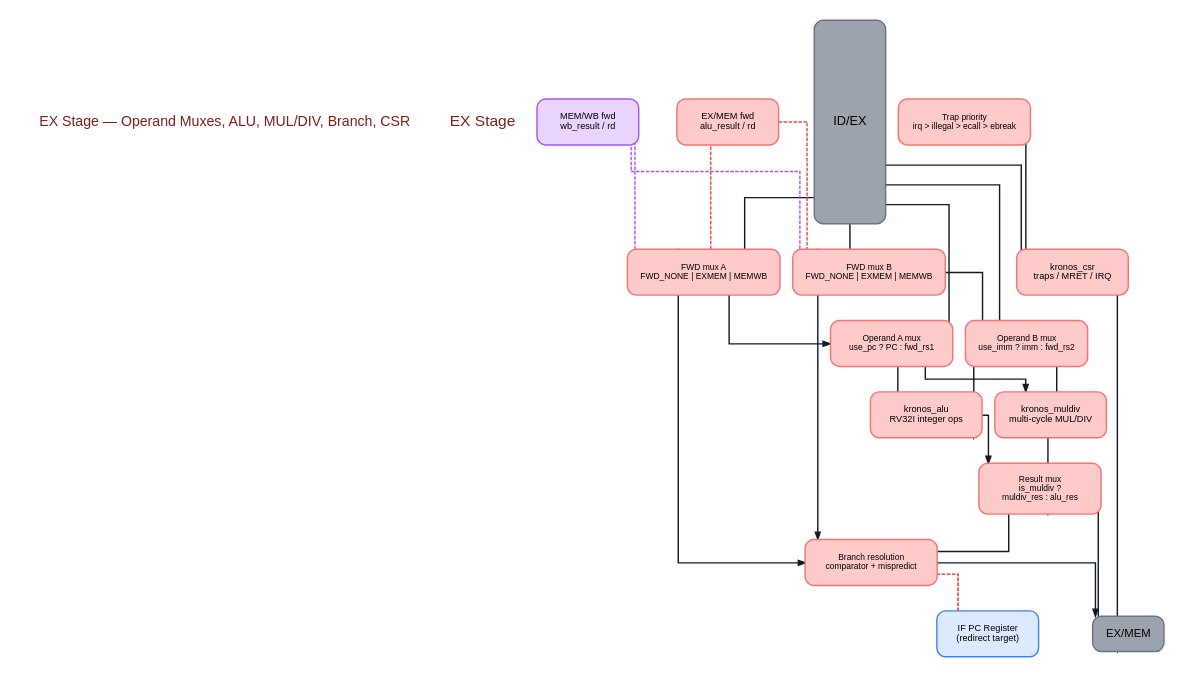
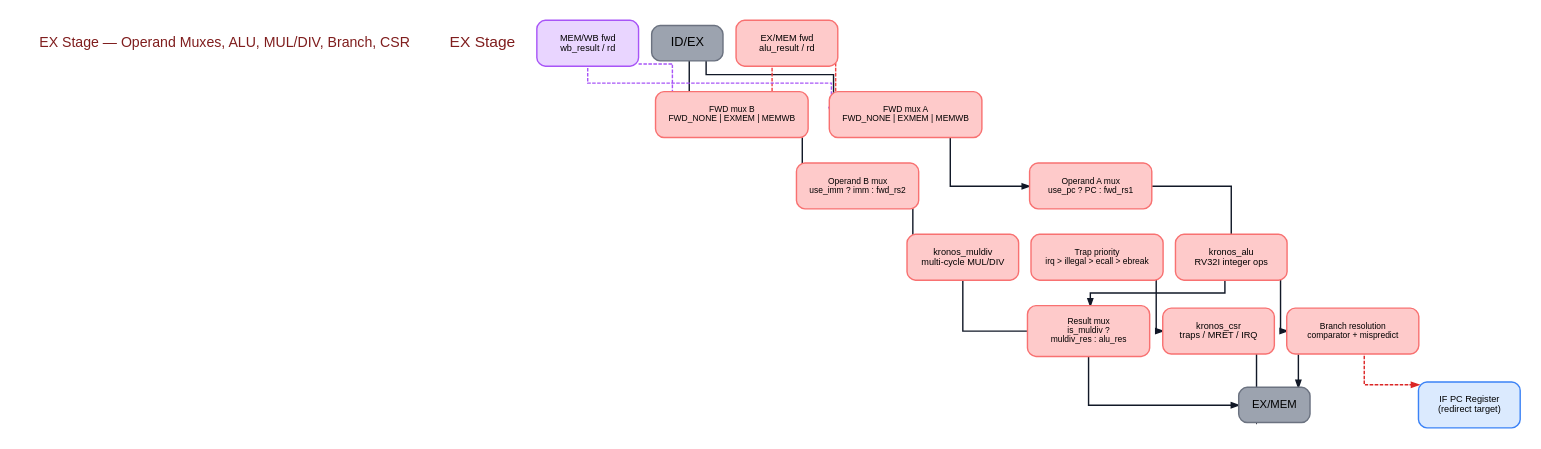
One commit to vladdum/kronos-riscv changed the diagram in docs/diagrams/src/ex-stage.dot. Above: the diagram before and after it, drawn with Graphviz. The commit also changed 16 other files, not shown here.

First line of the commit message:
docs: rework pipeline diagrams and extend architecture.md to Stage 5b

```diff
--- a/docs/diagrams/src/ex-stage.dot
+++ b/docs/diagrams/src/ex-stage.dot
@@ -1,155 +1,160 @@
 digraph ex_stage {
   // ────────────────────────────────────────────────────────────────
-  // EX Stage — operand muxes, ALU, MUL/DIV, branch, CSR, trap.
+  // EX Stage — three horizontal lanes.
+  //
   // Layout: neato -n2 (pinned positions, orthogonal routing).
-  // Edge labels omitted — color and box labels carry the meaning:
-  //   red dashed    = FWD_EXMEM forwarding
-  //   purple dashed = FWD_MEMWB forwarding
-  //   dark-red dashed = branch redirect → IF PC
   //
-  //   Forwarding inputs sit on far left above/below ID/EX.
-  //   Pipeline flows left → right through FWD → op muxes → ALU/MULDIV
-  //   → result mux / branch → EX/MEM.
-  //   Trap + CSR pair sits on the lower half.
+  //   y=440:  ALU lane  — FWD A → Op A → ALU → Branch → [pc_reg, EX/MEM]
+  //   y=300:  Center    — ID/EX (left), res_mux (center), EX/MEM (right)
+  //   y=160:  MULDIV    — FWD B → Op B → MULDIV → res_mux
+  //   y=40:   CSR/trap  — trap → CSR → EX/MEM
+  //
+  // Branch resolution sits east of ALU on the same lane (y=440).
+  // res_mux sits between the ALU and MULDIV result paths at y=300.
+  // EX/MEM register is directly below Branch at (1440,300).
+  //
+  // Both execution units receive both operands (A and B).
+  // Cross-connections are omitted for clarity — see RTL for detail.
   // ────────────────────────────────────────────────────────────────
   graph [
     splines     = ortho,
     pad         = 0.3,
     outputorder = edgesfirst,
     fontname    = "Helvetica",
   ];
 
   node [
     shape    = box,
     style    = "filled,rounded",
     fontname = "Helvetica",
     fontsize = 14,
     penwidth = 2,
   ];
 
   edge [
     fontname = "Helvetica",
     fontsize = 12,
     penwidth = 2,
     color    = "#111827",
   ];
 
   // Title
-  title [pos="720,740!", label="EX Stage — Operand Muxes, ALU, MUL/DIV, Branch, CSR",
+  title [pos="900,740!", label="EX Stage — Operand Muxes, ALU, MUL/DIV, Branch, CSR",
          shape=plaintext, style="", fontsize=20, fontcolor="#7f1d1d"];
 
   // Stage label
-  ex_label [pos="720,680!", label="EX Stage",
+  ex_label [pos="900,680!", label="EX Stage",
             shape=plaintext, style="", fontsize=22, fontcolor="#7f1d1d"];
 
-  // ── Input register (tall — fans out to 8 destinations) ──────
-  id_ex_reg [pos="80,440!", label="ID/EX",
+  // ── Pipeline registers ───────────────────────────────────────────
+  id_ex_reg [pos="80,300!", label="ID/EX",
              fillcolor="#9ca3af", color="#6b7280", fontsize=18,
-             width=1.4, height=4.0, fixedsize=true];
+             width=1.4, height=0.7, fixedsize=true];
+  ex_mem_reg [pos="1440,300!", label="EX/MEM",
+              fillcolor="#9ca3af", color="#6b7280", fontsize=16,
+              width=1.4, height=0.7, fixedsize=true];
+  pc_reg [pos="1660,440!",
+          label="IF PC Register\n(redirect target)",
+          fillcolor="#dbeafe", color="#3b82f6", fontsize=13,
+          width=2.0, height=0.9, fixedsize=true];
 
-  // ── Forwarding inputs (above and below ID/EX) ────────────────
-  ex_mem_fwd [pos="80,640!", label="EX/MEM fwd\nalu_result / rd",
+  // ── Forwarding inputs (left side, adjacent to their primary targets) ──
+  ex_mem_fwd [pos="160,440!", label="EX/MEM fwd\nalu_result / rd",
               fillcolor="#fecaca", color="#f87171", fontsize=13,
               width=2.0, height=0.9, fixedsize=true];
-  mem_wb_fwd [pos="80,240!", label="MEM/WB fwd\nwb_result / rd",
+  mem_wb_fwd [pos="160,160!", label="MEM/WB fwd\nwb_result / rd",
               fillcolor="#e9d5ff", color="#a855f7", fontsize=13,
               width=2.0, height=0.9, fixedsize=true];
 
-  // ── FWD muxes ────────────────────────────────────────────────
-  fwd_rs1 [pos="340,560!",
+  // ── ALU lane (y=440) ─────────────────────────────────────────────
+  fwd_rs1 [pos="400,440!",
            label="FWD mux A\nFWD_NONE | EXMEM | MEMWB",
            fillcolor="#fecaca", color="#f87171", fontsize=12,
            width=3.0, height=0.9, fixedsize=true];
-  fwd_rs2 [pos="340,320!",
+  op_a_mux [pos="680,440!",
+            label="Operand A mux\nuse_pc ? PC : fwd_rs1",
+            fillcolor="#fecaca", color="#f87171", fontsize=12,
+            width=2.4, height=0.9, fixedsize=true];
+  alu [pos="960,440!",
+       label="kronos_alu\nRV32I integer ops",
+       fillcolor="#fecaca", color="#f87171", fontsize=13,
+       width=2.2, height=0.9, fixedsize=true];
+
+  // ── MULDIV lane (y=160) ──────────────────────────────────────────
+  fwd_rs2 [pos="400,160!",
            label="FWD mux B\nFWD_NONE | EXMEM | MEMWB",
            fillcolor="#fecaca", color="#f87171", fontsize=12,
            width=3.0, height=0.9, fixedsize=true];
-
-  // ── Operand muxes ────────────────────────────────────────────
-  op_a_mux [pos="640,560!",
-            label="Operand A mux\nuse_pc ? PC : fwd_rs1",
-            fillcolor="#fecaca", color="#f87171", fontsize=12,
-            width=2.4, height=0.9, fixedsize=true];
-  op_b_mux [pos="640,320!",
+  op_b_mux [pos="680,160!",
             label="Operand B mux\nuse_imm ? imm : fwd_rs2",
             fillcolor="#fecaca", color="#f87171", fontsize=12,
             width=2.4, height=0.9, fixedsize=true];
-
-  // ── ALU and MUL/DIV ──────────────────────────────────────────
-  alu    [pos="920,560!",
-          label="kronos_alu\nRV32I integer ops",
-          fillcolor="#fecaca", color="#f87171", fontsize=13,
-          width=2.2, height=0.9, fixedsize=true];
-  muldiv [pos="920,320!",
+  muldiv [pos="960,160!",
           label="kronos_muldiv\nmulti-cycle MUL/DIV",
           fillcolor="#fecaca", color="#f87171", fontsize=13,
           width=2.2, height=0.9, fixedsize=true];
 
-  // ── Result mux + Branch / Trap / CSR ─────────────────────────
-  res_mux [pos="1200,440!",
+  // ── Result mux (between ALU and MULDIV result paths) ────────────
+  res_mux [pos="1160,300!",
            label="Result mux\nis_muldiv ?\nmuldiv_res : alu_res",
            fillcolor="#fecaca", color="#f87171", fontsize=12,
            width=2.4, height=1.0, fixedsize=true];
-  branch  [pos="1200,700!",
-           label="Branch resolution\ncomparator + mispredict",
-           fillcolor="#fecaca", color="#f87171", fontsize=12,
-           width=2.6, height=0.9, fixedsize=true];
-  trap    [pos="920,140!",
-           label="Trap priority\nirq > illegal > ecall > ebreak",
-           fillcolor="#fecaca", color="#f87171", fontsize=12,
-           width=2.6, height=0.9, fixedsize=true];
-  csr     [pos="1200,140!",
-           label="kronos_csr\ntraps / MRET / IRQ",
-           fillcolor="#fecaca", color="#f87171", fontsize=13,
-           width=2.2, height=0.9, fixedsize=true];
 
-  // ── Outputs ──────────────────────────────────────────────────
-  ex_mem_reg [pos="1500,440!", label="EX/MEM",
-              fillcolor="#9ca3af", color="#6b7280", fontsize=16,
-              width=1.4, height=0.7, fixedsize=true];
-  pc_reg     [pos="1500,660!",
-              label="IF PC Register\n(redirect target)",
-              fillcolor="#dbeafe", color="#3b82f6", fontsize=13,
-              width=2.0, height=0.9, fixedsize=true];
+  // ── Branch resolution (ALU lane, east of ALU, y=440) ────────────
+  branch [pos="1440,440!",
+          label="Branch resolution\ncomparator + mispredict",
+          fillcolor="#fecaca", color="#f87171", fontsize=12,
+          width=2.6, height=0.9, fixedsize=true];
 
-  // ── ID/EX fan-out. Redundant control edges to muldiv/branch/trap
-  //    dropped — those units receive their control from id_ex_reg via
-  //    the same pipeline, shown implicitly by box labels.
-  id_ex_reg -> fwd_rs1  [tailport=ne, headport=w];
-  id_ex_reg -> op_a_mux [tailport=ne, headport=w];
-  id_ex_reg -> fwd_rs2  [tailport=se, headport=w];
-  id_ex_reg -> op_b_mux [tailport=se, headport=w];
-  id_ex_reg -> csr      [tailport=se, headport=w];
+  // ── CSR / Trap lane (y=40) ───────────────────────────────────────
+  trap [pos="960,40!",
+        label="Trap priority\nirq > illegal > ecall > ebreak",
+        fillcolor="#fecaca", color="#f87171", fontsize=12,
+        width=2.6, height=0.9, fixedsize=true];
+  csr  [pos="1200,40!",
+        label="kronos_csr\ntraps / MRET / IRQ",
+        fillcolor="#fecaca", color="#f87171", fontsize=13,
+        width=2.2, height=0.9, fixedsize=true];
 
-  // ── Forwarding inputs (dashed) ───────────────────────────────
-  ex_mem_fwd -> fwd_rs1 [color="#ef4444", style=dashed, tailport=e, headport=w];
-  ex_mem_fwd -> fwd_rs2 [color="#ef4444", style=dashed, tailport=e, headport=w];
-  mem_wb_fwd -> fwd_rs1 [color="#a855f7", style=dashed, tailport=e, headport=w];
-  mem_wb_fwd -> fwd_rs2 [color="#a855f7", style=dashed, tailport=e, headport=w];
+  // ── ID/EX fan-out ────────────────────────────────────────────────
+  // Register data (rs1, rs2) feed the forwarding muxes.
+  // All other ID/EX outputs (PC, imm, op, csr_addr, exc_bits) are
+  // carried implicitly — control signal wires are omitted for clarity.
+  id_ex_reg -> fwd_rs1 [tailport=n, headport=w];
+  id_ex_reg -> fwd_rs2 [tailport=s, headport=w];
 
-  // ── Internal EX datapath ─────────────────────────────────────
+  // ── Forwarding inputs (dashed) ───────────────────────────────────
+  ex_mem_fwd -> fwd_rs1 [color="#ef4444", style=dashed,
+                          penwidth=2, tailport=e, headport=w];
+  ex_mem_fwd -> fwd_rs2 [color="#ef4444", style=dashed,
+                          penwidth=2, tailport=e, headport=w];
+  mem_wb_fwd -> fwd_rs1 [color="#a855f7", style=dashed,
+                          penwidth=2, tailport=e, headport=w];
+  mem_wb_fwd -> fwd_rs2 [color="#a855f7", style=dashed,
+                          penwidth=2, tailport=e, headport=w];
+
+  // ── ALU lane datapath ────────────────────────────────────────────
   fwd_rs1  -> op_a_mux [tailport=e, headport=w];
+  op_a_mux -> alu      [tailport=e, headport=w];
+  alu      -> res_mux  [tailport=s, headport=n];
+
+  // ALU → branch: horizontal along ALU lane (both at y=440)
+  alu -> branch [tailport=e, headport=w];
+
+  // ── MULDIV lane datapath ─────────────────────────────────────────
   fwd_rs2  -> op_b_mux [tailport=e, headport=w];
-  op_a_mux -> alu      [tailport=e, headport=w];
   op_b_mux -> muldiv   [tailport=e, headport=w];
-  // 2x2 cross — operand bus into both execute units
-  op_a_mux -> muldiv   [tailport=e, headport=nw];
-  op_b_mux -> alu      [tailport=e, headport=sw];
-  alu      -> res_mux  [tailport=e, headport=nw];
-  muldiv   -> res_mux  [tailport=e, headport=sw];
+  muldiv   -> res_mux  [tailport=n, headport=s];
 
-  // Branch unit — fed via the top lane so arrows stay above alu/res_mux.
-  fwd_rs1 -> branch [tailport=n, headport=nw];
-  fwd_rs2 -> branch [tailport=n, headport=ne];
-  res_mux -> branch [tailport=n, headport=s];
+  // ── CSR / trap path ──────────────────────────────────────────────
+  trap -> csr [tailport=e, headport=w];
 
-  trap    -> csr   [tailport=e, headport=w];
-
-  // ── Outputs to EX/MEM register ───────────────────────────────
+  // ── Outputs to EX/MEM register ───────────────────────────────────
   res_mux -> ex_mem_reg [tailport=e, headport=w];
   branch  -> ex_mem_reg [tailport=s, headport=n];
   csr     -> ex_mem_reg [tailport=e, headport=s];
 
-  // ── Branch redirect → IF PC (dashed red) ─────────────────────
-  branch -> pc_reg [color="#dc2626", style=dashed, tailport=e, headport=w];
+  // ── Branch redirect → IF PC (dashed red) ─────────────────────────
+  branch -> pc_reg [color="#dc2626", style=dashed,
+                    penwidth=2, tailport=e, headport=w];
 }
```
